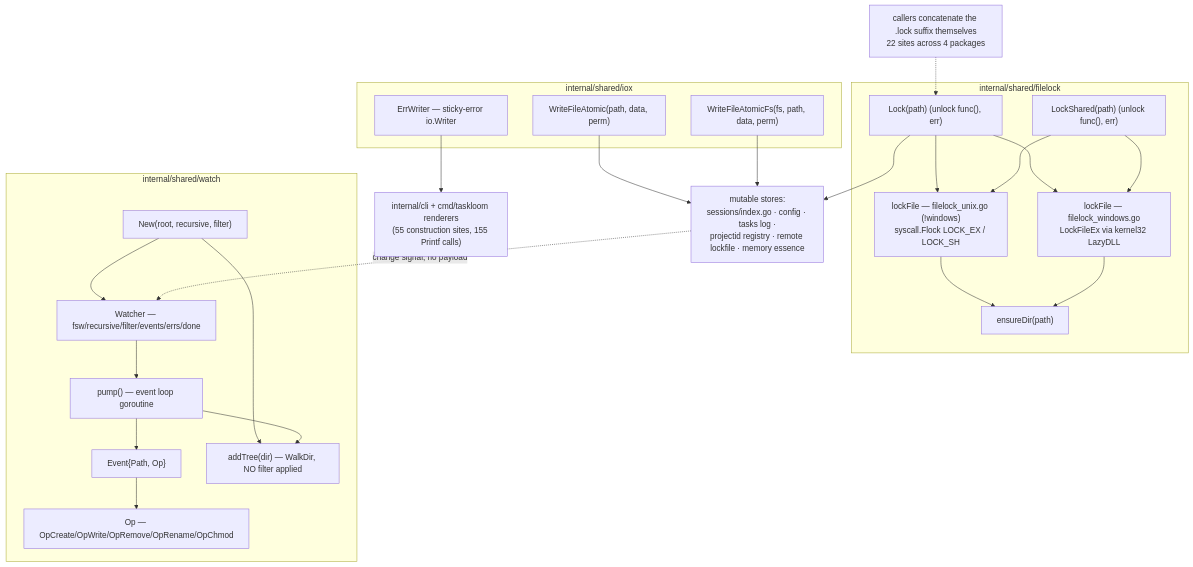
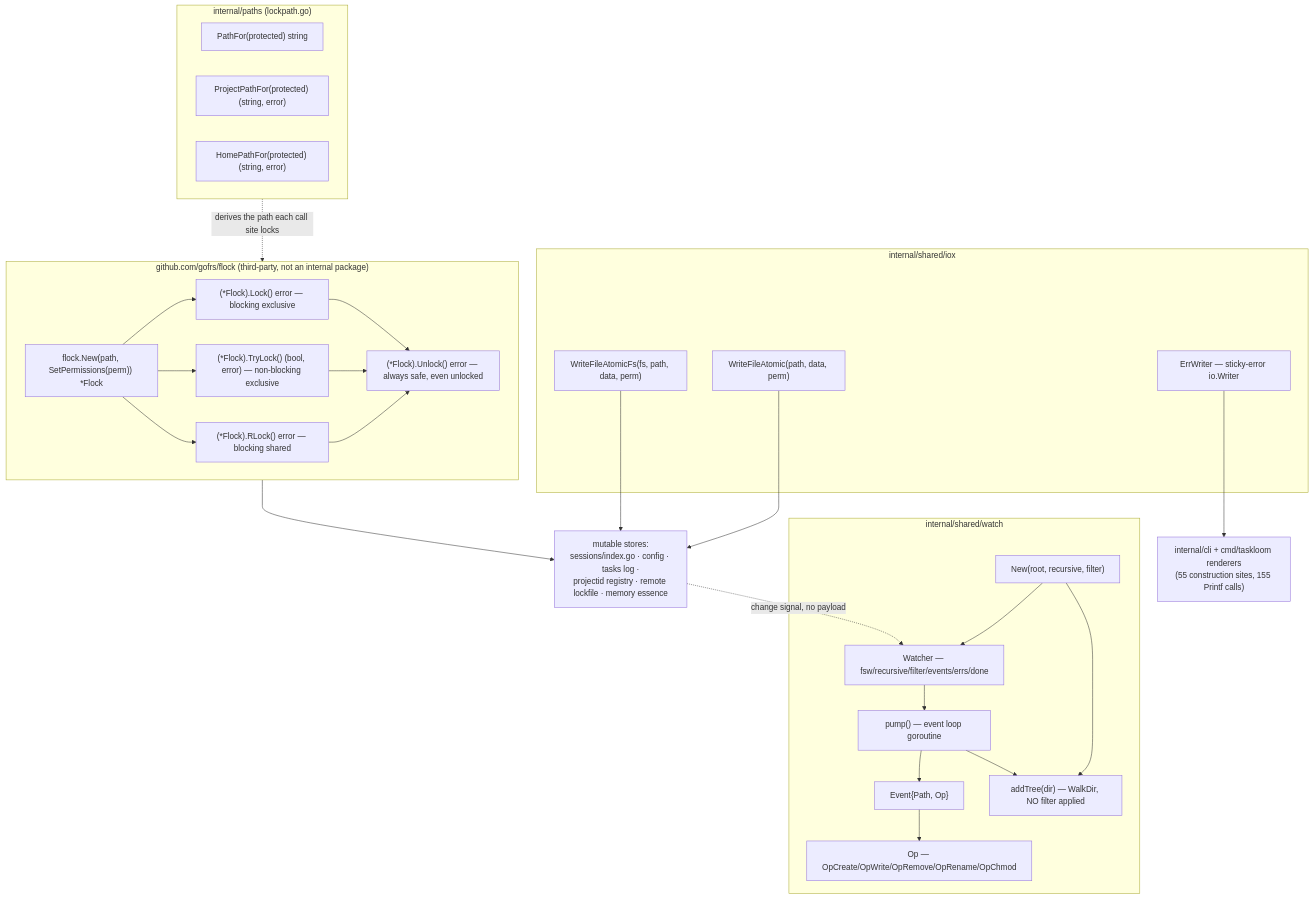
Before and after one commit to ctxloom/ctxloom: the diagram in docs/architecture/shared/filesystem-io.md, drawn with Mermaid. The commit also changed other lines of this file and 29 other files, not shown here.

````diff
--- a/docs/architecture/shared/filesystem-io.md
+++ b/docs/architecture/shared/filesystem-io.md
@@ -7,42 +9,44 @@
 ```mermaid
 flowchart TD
   subgraph iox["internal/shared/iox"]
     WFA["WriteFileAtomic(path, data, perm)"]
     WFAF["WriteFileAtomicFs(fs, path, data, perm)"]
     EW["ErrWriter — sticky-error io.Writer"]
   end
 
-  subgraph fl["internal/shared/filelock"]
-    L["Lock(path) (unlock func(), err)"]
-    LS["LockShared(path) (unlock func(), err)"]
-    LFU["lockFile — filelock_unix.go (!windows)<br/>syscall.Flock LOCK_EX / LOCK_SH"]
-    LFW["lockFile — filelock_windows.go<br/>LockFileEx via kernel32 LazyDLL"]
-    ED["ensureDir(path)"]
-    L --> LFU & LFW
-    LS --> LFU & LFW
-    LFU --> ED
-    LFW --> ED
+  subgraph fl["github.com/gofrs/flock (third-party, not an internal package)"]
+    FN["flock.New(path, SetPermissions(perm)) *Flock"]
+    FL["(*Flock).Lock() error — blocking exclusive"]
+    FT["(*Flock).TryLock() (bool, error) — non-blocking exclusive"]
+    FR["(*Flock).RLock() error — blocking shared"]
+    FU["(*Flock).Unlock() error — always safe, even unlocked"]
+    FN --> FL & FT & FR
+    FL & FT & FR --> FU
   end
+  subgraph pp["internal/paths (lockpath.go)"]
+    PF["PathFor(protected) string"]
+    PPF["ProjectPathFor(protected) (string, error)"]
+    HPF["HomePathFor(protected) (string, error)"]
+  end
+  pp -.->|"derives the path each call site locks"| fl
 
   subgraph wt["internal/shared/watch"]
     NEW["New(root, recursive, filter)"]
     W["Watcher — fsw/recursive/filter/events/errs/done"]
     EV["Event{Path, Op}"]
     OP["Op — OpCreate/OpWrite/OpRemove/OpRename/OpChmod"]
     AT["addTree(dir) — WalkDir, NO filter applied"]
     PUMP["pump() — event loop goroutine"]
     NEW --> W
     W --> PUMP --> EV --> OP
     NEW --> AT
     PUMP --> AT
   end
 
   stores["mutable stores:<br/>sessions/index.go · config · tasks log ·<br/>projectid registry · remote lockfile · memory essence"]
-  L --> stores
+  fl --> stores
   WFA --> stores
   WFAF --> stores
   stores -.->|"change signal, no payload"| W
   EW --> cli["internal/cli + cmd/taskloom renderers<br/>(55 construction sites, 155 Printf calls)"]
-
-  callers["callers concatenate the .lock suffix themselves<br/>22 sites across 4 packages"] -.-> L
 ```
````
